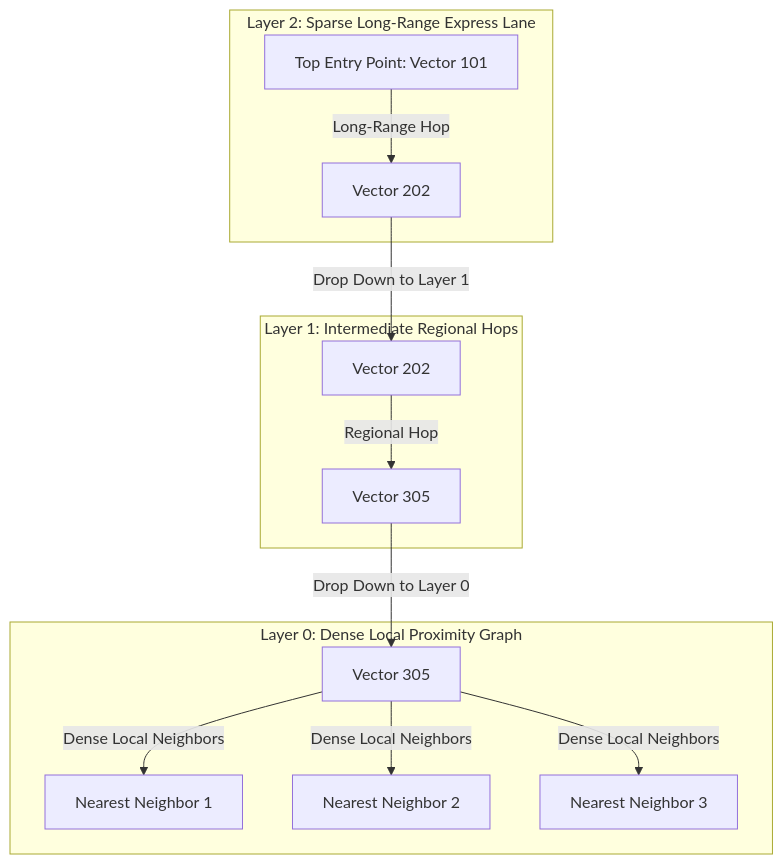
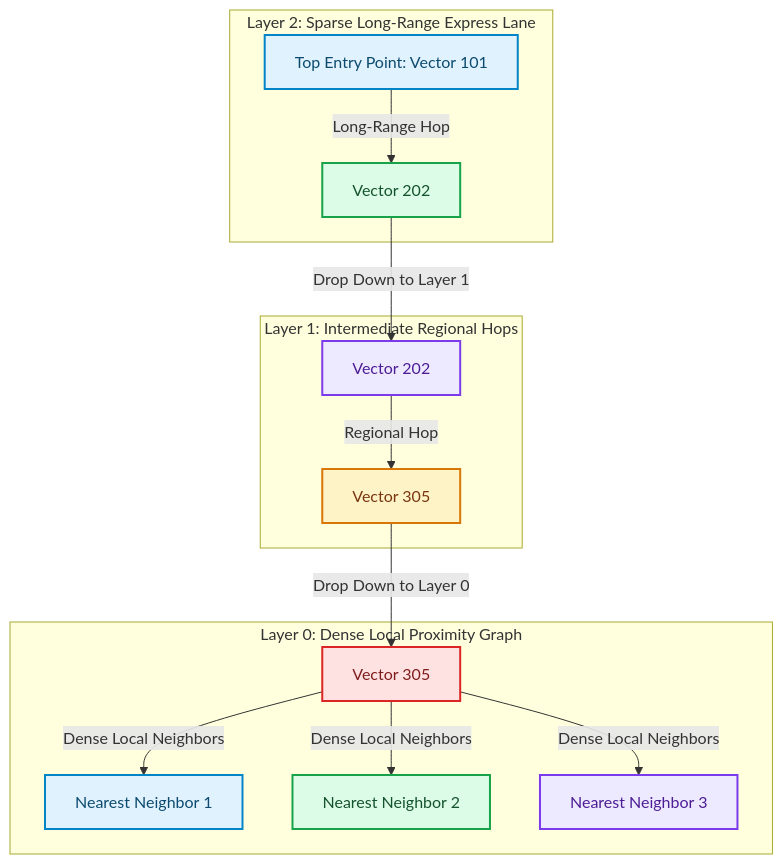
Before and after one commit to akmalkhaniub/akmalkhaniub.github.io: the diagram in blog/posts/vector-indexing-hnsw-multi-layer-graphs-distance-metrics.md, drawn with Mermaid. The commit also changed other lines of this file and 1291 other files, not shown here.

First line of the commit message:
feat(catalog): unique covers, scholarly references, and diagram palettes

````diff
--- a/blog/posts/vector-indexing-hnsw-multi-layer-graphs-distance-metrics.md
+++ b/blog/posts/vector-indexing-hnsw-multi-layer-graphs-distance-metrics.md
@@ -19,18 +19,29 @@
 ```mermaid
 flowchart TD
   subgraph SG1_Layer2Sparse ["Layer 2: Sparse Long-Range Express Lane"]
-    StartNode[Top Entry Point: Vector 101] -->|Long-Range Hop| Node202[Vector 202]
+    StartNode["Top Entry Point: Vector 101"] -->|Long-Range Hop| Node202["Vector 202"]
   end
   
   subgraph SG2_Layer1Intermediate ["Layer 1: Intermediate Regional Hops"]
-    Node202 -->|Drop Down to Layer 1| Node202_L1[Vector 202]
-    Node202_L1 -->|Regional Hop| Node305[Vector 305]
+    Node202 -->|Drop Down to Layer 1| Node202_L1["Vector 202"]
+    Node202_L1 -->|Regional Hop| Node305["Vector 305"]
   end
   
   subgraph SG3_Layer0Dense ["Layer 0: Dense Local Proximity Graph"]
-    Node305 -->|Drop Down to Layer 0| Node305_L0[Vector 305]
-    Node305_L0 -->|Dense Local Neighbors| NN1[Nearest Neighbor 1]
-    Node305_L0 -->|Dense Local Neighbors| NN2[Nearest Neighbor 2]
-    Node305_L0 -->|Dense Local Neighbors| NN3[Nearest Neighbor 3]
+    Node305 -->|Drop Down to Layer 0| Node305_L0["Vector 305"]
+    Node305_L0 -->|Dense Local Neighbors| NN1["Nearest Neighbor 1"]
+    Node305_L0 -->|Dense Local Neighbors| NN2["Nearest Neighbor 2"]
+    Node305_L0 -->|Dense Local Neighbors| NN3["Nearest Neighbor 3"]
   end
+
+classDef green fill:#dcfce7,stroke:#16a34a,stroke-width:2px,color:#14532d;
+classDef red fill:#fee2e2,stroke:#dc2626,stroke-width:2px,color:#7f1d1d;
+classDef blue fill:#e0f2fe,stroke:#0284c7,stroke-width:2px,color:#0c4a6e;
+classDef yellow fill:#fef3c7,stroke:#d97706,stroke-width:2px,color:#78350f;
+classDef purple fill:#ede9fe,stroke:#7c3aed,stroke-width:2px,color:#4c1d95;
+class StartNode,NN1 blue
+class Node202,NN2 green
+class Node202_L1,NN3 purple
+class Node305 yellow
+class Node305_L0 red
 ```
````
